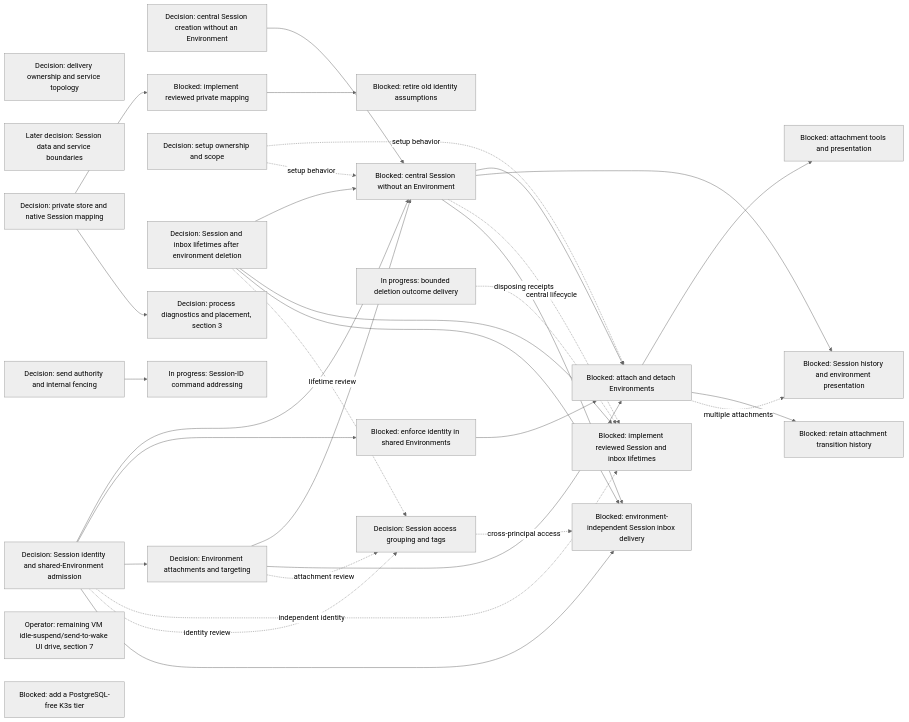
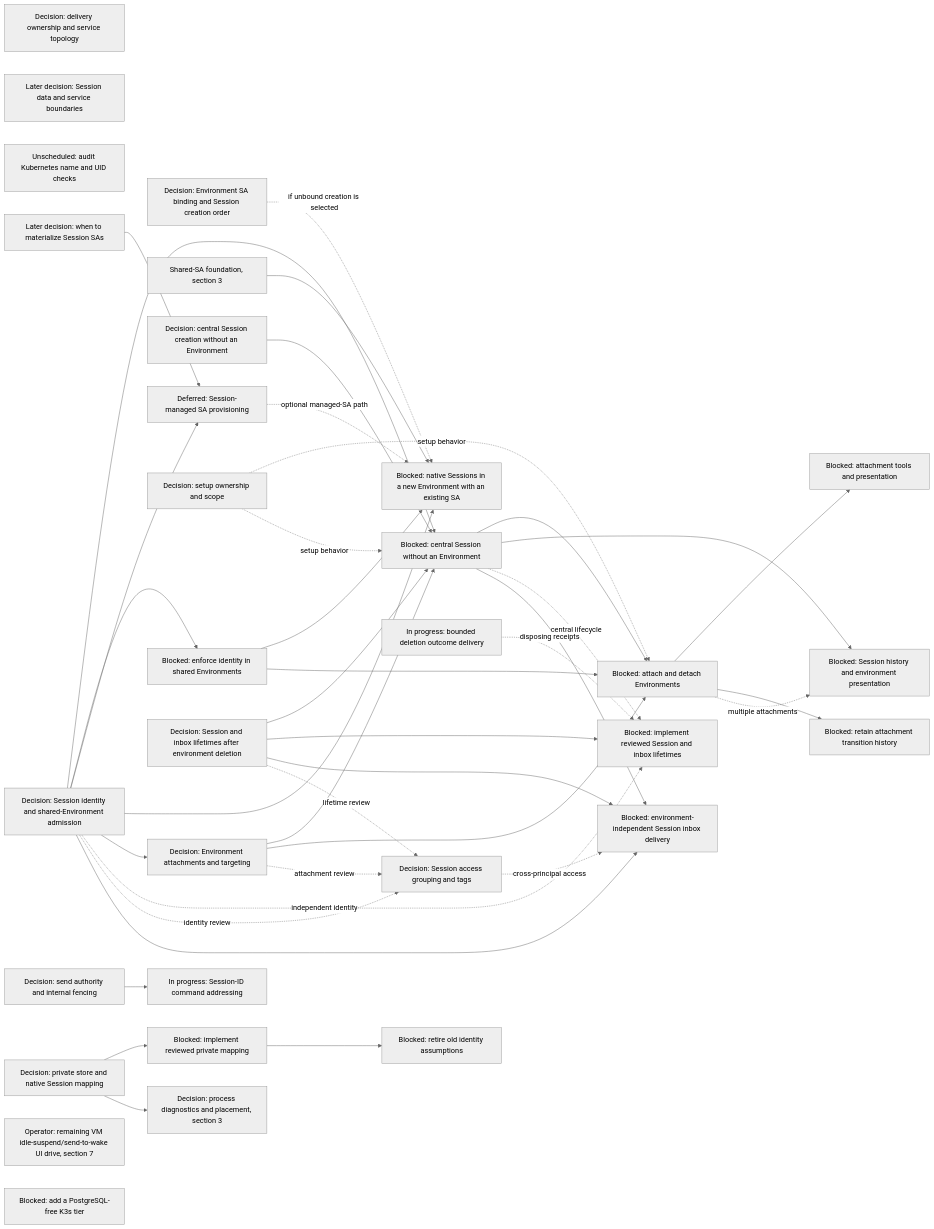
Diagram 14 of 17 in agentplane/plans/task_dag.md (agentydragon/ducktape), drawn with Mermaid (neutral theme) before and after one commit. The commit also changed other lines of this file and 1 other file, not shown here.

````diff
--- a/agentplane/plans/task_dag.md
+++ b/agentplane/plans/task_dag.md
@@ -2129,58 +2138,71 @@
 ```mermaid
 flowchart LR
     DISPATCHER_PERSISTENCE_MODEL_DESIGN[Decision: delivery ownership and service topology]
     SESSION_DATA_OWNERSHIP_DESIGN[Later decision: Session data and service boundaries]
+    KUBERNETES_UID_CHECK_AUDIT[Unscheduled: audit Kubernetes name and UID checks]
     SESSION_IDENTITY_CONTRACT[Decision: Session identity and shared-Environment admission]
+    ENVIRONMENT_IDENTITY_BINDING_DESIGN[Decision: Environment SA binding and Session creation order]
+    SESSION_SA_PROVISIONING_DESIGN[Later decision: when to materialize Session SAs]
+    SESSION_MANAGED_IDENTITY[Deferred: Session-managed SA provisioning]
+    SESSION_NATIVE_IDENTITY_WORKFLOW[Blocked: native Sessions in a new Environment with an existing SA]
+    ENVIRONMENT_SHARED_ACCOUNT[Shared-SA foundation, section 3]
     SESSION_ACCESS_GROUPING_DESIGN[Decision: Session access grouping and tags]
     CENTRAL_SESSION_CREATION_CONTRACT[Decision: central Session creation without an Environment]
     SESSION_ATTACHMENT_CONTRACT[Decision: Environment attachments and targeting]
     SESSION_ENVIRONMENT_SETUP_DESIGN[Decision: setup ownership and scope]
     SESSION_IDENTITY_ENFORCEMENT[Blocked: enforce identity in shared Environments]
     CENTRAL_SESSION_WITHOUT_ENVIRONMENT[Blocked: central Session without an Environment]
     SESSION_ENV_ATTACHMENTS[Blocked: attach and detach Environments]
     SESSION_ATTACHMENT_SURFACES[Blocked: attachment tools and presentation]
     SESSION_ATTACHMENT_HISTORY[Blocked: retain attachment transition history]
     SESSION_LIFETIME_IMPLEMENTATION[Blocked: implement reviewed Session and inbox lifetimes]
     CENTRAL_SESSION_NOTIFICATIONS[Blocked: environment-independent Session inbox delivery]
     DELIVERY_DESTINATION_AUTHORITY_DESIGN[Decision: send authority and internal fencing]
     SESSION_DELETION_FENCE[In progress: bounded deletion outcome delivery]
     SESSION_AND_INBOX_LIFETIME[Decision: Session and inbox lifetimes after environment deletion]
     DELIVERY_DESTINATION_CONTRACT[In progress: Session-ID command addressing]
     SESSION_HISTORY_PRESENTATION[Blocked: Session history and environment presentation]
     SESSION_IDENTITY_CONTRACT --> CENTRAL_SESSION_WITHOUT_ENVIRONMENT
     CENTRAL_SESSION_CREATION_CONTRACT --> CENTRAL_SESSION_WITHOUT_ENVIRONMENT
     SESSION_ATTACHMENT_CONTRACT --> CENTRAL_SESSION_WITHOUT_ENVIRONMENT
     SESSION_AND_INBOX_LIFETIME --> CENTRAL_SESSION_WITHOUT_ENVIRONMENT
     SESSION_IDENTITY_CONTRACT --> SESSION_IDENTITY_ENFORCEMENT
+    SESSION_IDENTITY_CONTRACT --> SESSION_MANAGED_IDENTITY
+    SESSION_SA_PROVISIONING_DESIGN --> SESSION_MANAGED_IDENTITY
+    SESSION_IDENTITY_CONTRACT --> SESSION_NATIVE_IDENTITY_WORKFLOW
+    ENVIRONMENT_IDENTITY_BINDING_DESIGN -. if unbound creation is selected .-> SESSION_NATIVE_IDENTITY_WORKFLOW
+    SESSION_MANAGED_IDENTITY -. optional managed-SA path .-> SESSION_NATIVE_IDENTITY_WORKFLOW
+    ENVIRONMENT_SHARED_ACCOUNT --> SESSION_NATIVE_IDENTITY_WORKFLOW
+    SESSION_IDENTITY_ENFORCEMENT --> SESSION_NATIVE_IDENTITY_WORKFLOW
     SESSION_IDENTITY_CONTRACT --> SESSION_ATTACHMENT_CONTRACT
     SESSION_ATTACHMENT_CONTRACT --> SESSION_ENV_ATTACHMENTS
     SESSION_ENVIRONMENT_SETUP_DESIGN -. setup behavior .-> SESSION_ENV_ATTACHMENTS
     SESSION_ENVIRONMENT_SETUP_DESIGN -. setup behavior .-> CENTRAL_SESSION_WITHOUT_ENVIRONMENT
     SESSION_IDENTITY_ENFORCEMENT --> SESSION_ENV_ATTACHMENTS
     CENTRAL_SESSION_WITHOUT_ENVIRONMENT --> SESSION_ENV_ATTACHMENTS
     SESSION_ENV_ATTACHMENTS --> SESSION_ATTACHMENT_SURFACES
     SESSION_ENV_ATTACHMENTS --> SESSION_ATTACHMENT_HISTORY
     CENTRAL_SESSION_WITHOUT_ENVIRONMENT --> SESSION_HISTORY_PRESENTATION
     SESSION_ENV_ATTACHMENTS -. multiple attachments .-> SESSION_HISTORY_PRESENTATION
     SESSION_AND_INBOX_LIFETIME --> SESSION_LIFETIME_IMPLEMENTATION
     SESSION_IDENTITY_CONTRACT -. independent identity .-> SESSION_LIFETIME_IMPLEMENTATION
     CENTRAL_SESSION_WITHOUT_ENVIRONMENT -. central lifecycle .-> SESSION_LIFETIME_IMPLEMENTATION
     SESSION_DELETION_FENCE -. disposing receipts .-> SESSION_LIFETIME_IMPLEMENTATION
     SESSION_AND_INBOX_LIFETIME --> CENTRAL_SESSION_NOTIFICATIONS
     SESSION_IDENTITY_CONTRACT -. identity review .-> SESSION_ACCESS_GROUPING_DESIGN
     SESSION_ATTACHMENT_CONTRACT -. attachment review .-> SESSION_ACCESS_GROUPING_DESIGN
     SESSION_AND_INBOX_LIFETIME -. lifetime review .-> SESSION_ACCESS_GROUPING_DESIGN
     SESSION_ACCESS_GROUPING_DESIGN -. cross-principal access .-> CENTRAL_SESSION_NOTIFICATIONS
     SESSION_IDENTITY_CONTRACT --> CENTRAL_SESSION_NOTIFICATIONS
     CENTRAL_SESSION_WITHOUT_ENVIRONMENT --> CENTRAL_SESSION_NOTIFICATIONS
     HARNESS_IDENTITY_DESIGN[Decision: private store and native Session mapping]
     RUNNER_STORE_SESSION_IDENTITY[Blocked: implement reviewed private mapping]
     RUNNER_IDENTITY_LEGACY_CLEANUP[Blocked: retire old identity assumptions]
     IDLE_SUSPEND_UI_DRIVE[Operator: remaining VM idle-suspend/send-to-wake UI drive, section 7]
     RUNNER_HARNESS_OBJECTS_DESIGN[Decision: process diagnostics and placement, section 3]
     CNPG_FREE_K3S_INTEGRATION_TIER[Blocked: add a PostgreSQL-free K3s tier]
     DELIVERY_DESTINATION_AUTHORITY_DESIGN --> DELIVERY_DESTINATION_CONTRACT
     RUNNER_STORE_SESSION_IDENTITY --> RUNNER_IDENTITY_LEGACY_CLEANUP
     HARNESS_IDENTITY_DESIGN --> RUNNER_STORE_SESSION_IDENTITY
     HARNESS_IDENTITY_DESIGN --> RUNNER_HARNESS_OBJECTS_DESIGN
 ```
````
